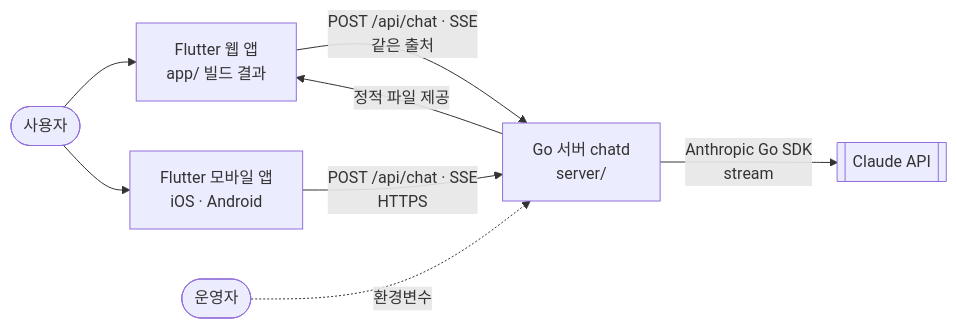
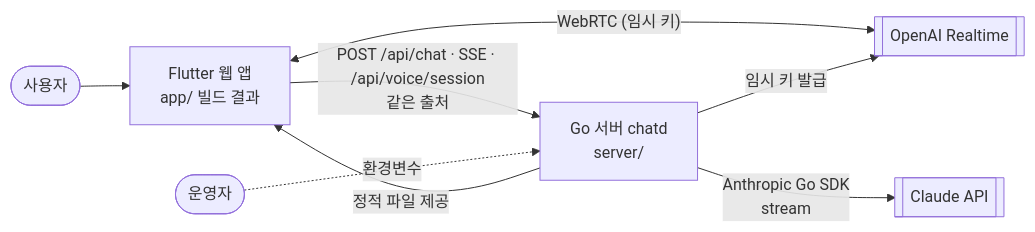
Before and after one commit to kimtaesung98/ai-agent-chat-demo: the first of 7 diagrams in ARCHITECTURE.md, drawn with Mermaid. The commit also changed other lines of this file and 135 other files, not shown here.

````diff
--- a/ARCHITECTURE.md
+++ b/ARCHITECTURE.md
@@ -149,10 +144,10 @@
 ```mermaid
 flowchart LR
     User([사용자]) --> Web["Flutter 웹 앱<br>app/ 빌드 결과"]
-    User --> Mobile["Flutter 모바일 앱<br>iOS · Android"]
-    Web -->|"POST /api/chat · SSE<br>같은 출처"| Go["Go 서버 chatd<br>server/"]
-    Mobile -->|"POST /api/chat · SSE<br>HTTPS"| Go
+    Web -->|"POST /api/chat · SSE · /api/voice/session<br>같은 출처"| Go["Go 서버 chatd<br>server/"]
+    Web <-->|"WebRTC (임시 키)"| OAI[["OpenAI Realtime"]]
+    Go -->|"임시 키 발급"| OAI
     Go -->|"정적 파일 제공"| Web
     Go -->|"Anthropic Go SDK<br>stream"| Claude[["Claude API"]]
     Operator([운영자]) -.->|"환경변수"| Go
 ```
````
